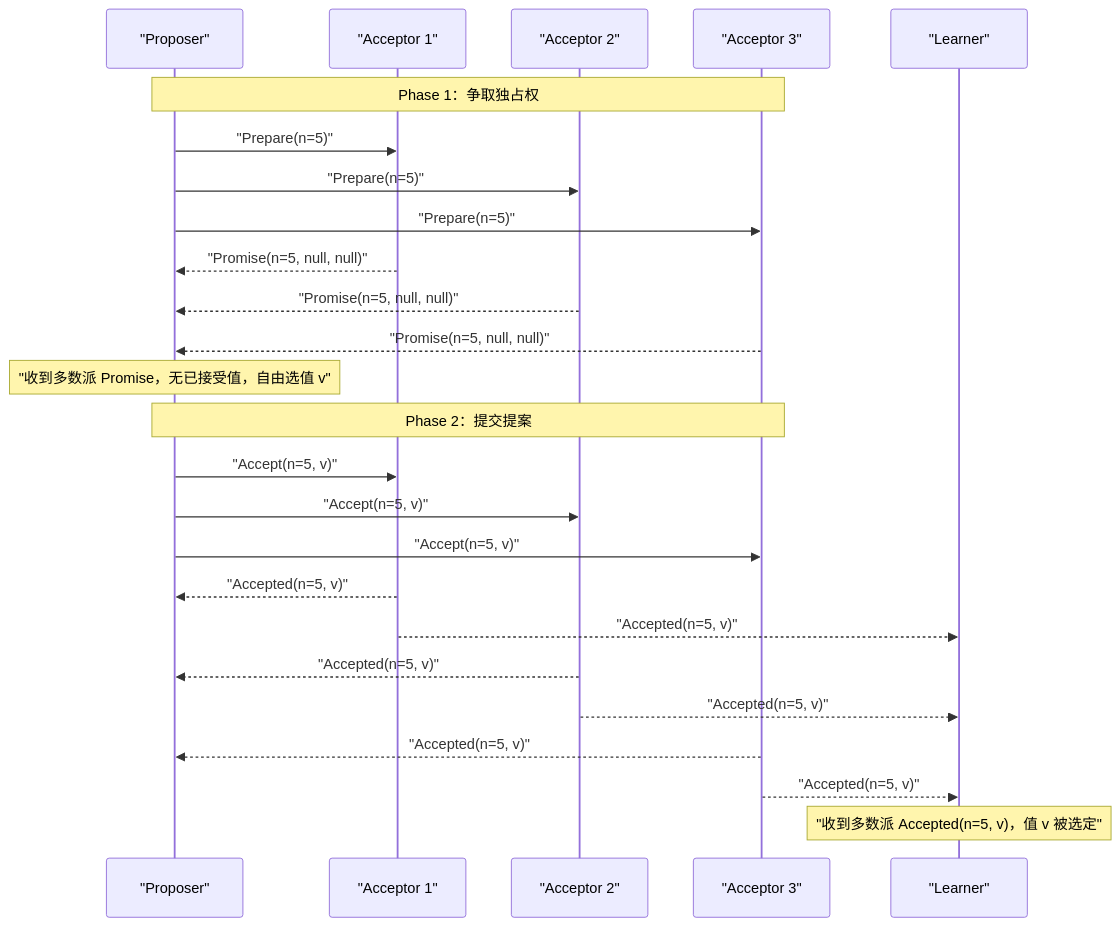
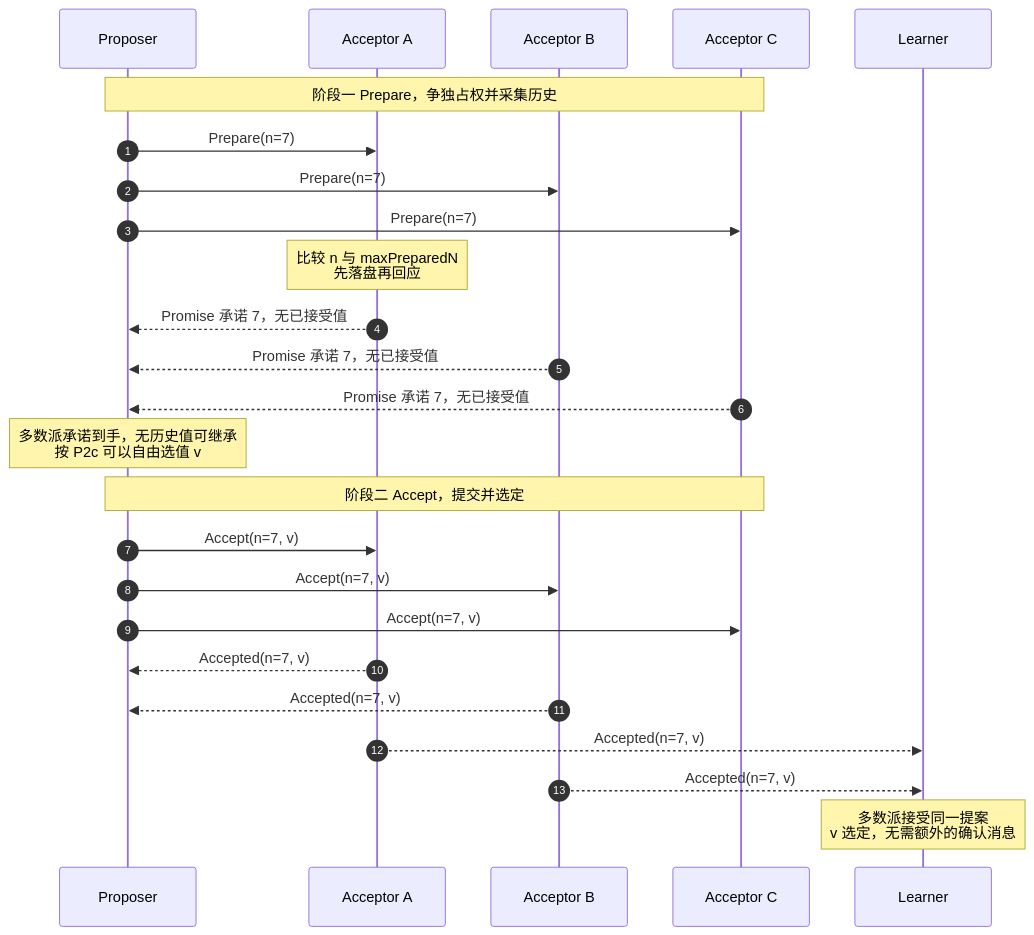
Before and after one commit to hpliStartAgain/my-brain: the second of 4 diagrams in content/分布式架构/分布式系统原理与协议/04 Paxos 算法原理深度解析.md, drawn with Mermaid. The commit also changed other lines of this file and 259 other files, not shown here.

````diff
--- a/content/分布式架构/分布式系统原理与协议/04 Paxos 算法原理深度解析.md
+++ b/content/分布式架构/分布式系统原理与协议/04 Paxos 算法原理深度解析.md
@@ -371,36 +245,30 @@
 ```mermaid
 %%{init: {'theme': 'dracula'}}%%
 sequenceDiagram
-    participant P as "Proposer"
-    participant A1 as "Acceptor 1"
-    participant A2 as "Acceptor 2"
-    participant A3 as "Acceptor 3"
-    participant L as "Learner"
+    autonumber
+    participant P as Proposer
+    participant A1 as Acceptor A
+    participant A2 as Acceptor B
+    participant A3 as Acceptor C
+    participant L as Learner
 
-    Note over P,A3: Phase 1：争取独占权
+    Note over P,A3: 阶段一 Prepare，争独占权并采集历史
+    P->>A1: Prepare(n=7)
+    P->>A2: Prepare(n=7)
+    P->>A3: Prepare(n=7)
+    Note over A1: 比较 n 与 maxPreparedN<br/>先落盘再回应
+    A1-->>P: Promise 承诺 7，无已接受值
+    A2-->>P: Promise 承诺 7，无已接受值
+    A3-->>P: Promise 承诺 7，无已接受值
+    Note over P: 多数派承诺到手，无历史值可继承<br/>按 P2c 可以自由选值 v
 
-    P->>A1: "Prepare(n=5)"
-    P->>A2: "Prepare(n=5)"
-    P->>A3: "Prepare(n=5)"
-
-    A1-->>P: "Promise(n=5, null, null)"
-    A2-->>P: "Promise(n=5, null, null)"
-    A3-->>P: "Promise(n=5, null, null)"
-
-    Note over P: "收到多数派 Promise，无已接受值，自由选值 v"
-
-    Note over P,A3: Phase 2：提交提案
-
-    P->>A1: "Accept(n=5, v)"
-    P->>A2: "Accept(n=5, v)"
-    P->>A3: "Accept(n=5, v)"
-
-    A1-->>P: "Accepted(n=5, v)"
-    A1-->>L: "Accepted(n=5, v)"
-    A2-->>P: "Accepted(n=5, v)"
-    A2-->>L: "Accepted(n=5, v)"
-    A3-->>P: "Accepted(n=5, v)"
-    A3-->>L: "Accepted(n=5, v)"
-
-    Note over L: "收到多数派 Accepted(n=5, v)，值 v 被选定"
+    Note over P,A3: 阶段二 Accept，提交并选定
+    P->>A1: Accept(n=7, v)
+    P->>A2: Accept(n=7, v)
+    P->>A3: Accept(n=7, v)
+    A1-->>P: Accepted(n=7, v)
+    A2-->>P: Accepted(n=7, v)
+    A1-->>L: Accepted(n=7, v)
+    A2-->>L: Accepted(n=7, v)
+    Note over L: 多数派接受同一提案<br/>v 选定，无需额外的确认消息
 ```
````
